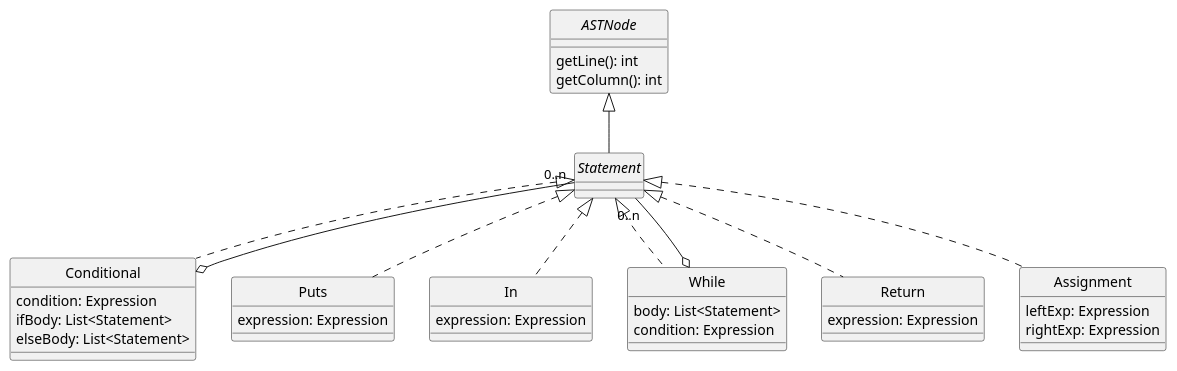
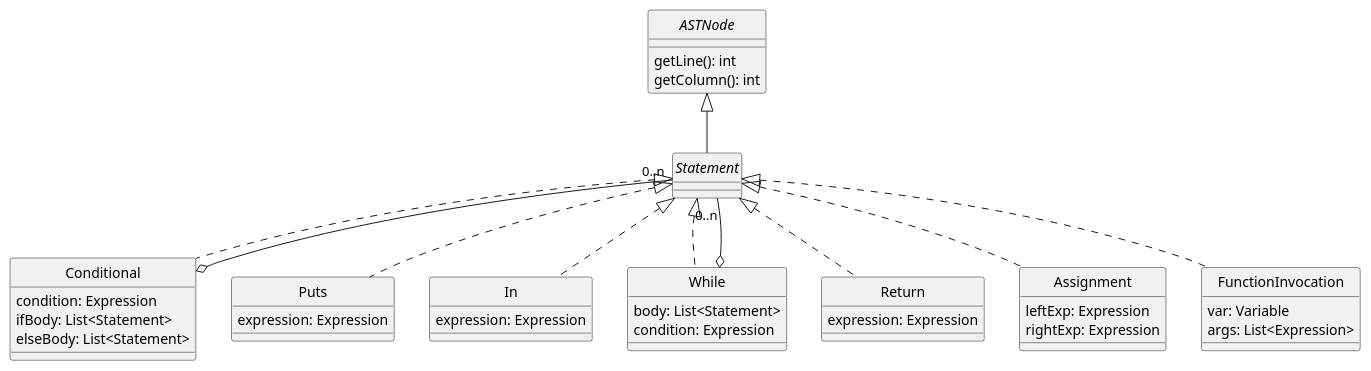
The diagram in docs/diagrams/statements.plantuml (uo271288/dlp-compiler), drawn with PlantUML before and after one commit. The commit also changed 5 other files, not shown here.

Commit message:
Diagrams updated after control

```diff
--- a/docs/diagrams/statements.plantuml
+++ b/docs/diagrams/statements.plantuml
@@ -1,52 +1,57 @@
 @startuml Statements
 skinparam style strictuml
 skinparam monochrome true
 
 
 interface ASTNode {
     getLine(): int
     getColumn(): int
 }
 
 interface Statement
 
 class Conditional {
     condition: Expression
     ifBody: List<Statement>
     elseBody: List<Statement>
 }
 
 class Puts {
     expression: Expression
 }
 
 class In {
     expression: Expression
 }
 
 class While {
     body: List<Statement>
     condition: Expression
 }
 
 class Return {
     expression: Expression
 }
 
 class Assignment {
     leftExp: Expression
     rightExp: Expression
 }
 
+class FunctionInvocation {
+    var: Variable
+    args: List<Expression>
+}
+
 ASTNode <|-- Statement
 Statement <|.. Conditional
 Statement <|.. In
 Statement <|.. While
 Statement <|.. Return
 Statement <|.. Assignment
 Statement <|.. Puts
 Conditional o-- "0..n" Statement
 While o-- "0..n" Statement
-
+Statement <|.. FunctionInvocation
 
 @enduml
```
